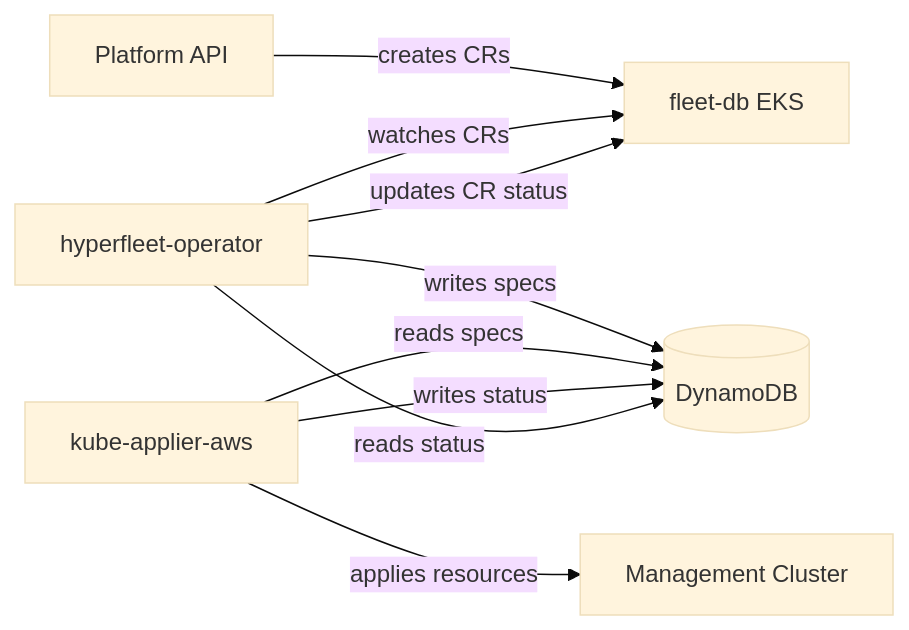
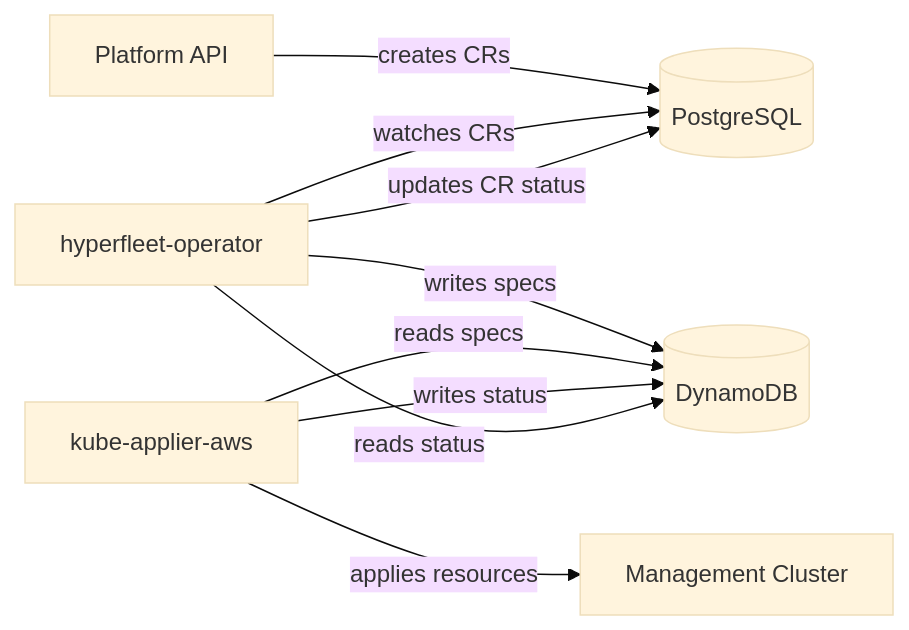
Before and after one commit to typeid/hyperfleet-operator: the diagram in docs/architecture.md, drawn with Mermaid (base theme). The commit also changed other lines of this file and 46 other files, not shown here.

````diff
--- a/docs/architecture.md
+++ b/docs/architecture.md
@@ -7,11 +7,11 @@
 ```mermaid
 graph LR
-    API[Platform API] -->|creates CRs| FleetDB[fleet-db EKS]
-    Operator[hyperfleet-operator] -->|watches CRs| FleetDB
+    API[Platform API] -->|creates CRs| PG[(PostgreSQL)]
+    Operator[hyperfleet-operator] -->|watches CRs| PG
     Operator -->|writes specs| DDB[(DynamoDB)]
     KA[kube-applier-aws] -->|reads specs| DDB
     KA -->|applies resources| MC[Management Cluster]
     KA -->|writes status| DDB
     Operator -->|reads status| DDB
-    Operator -->|updates CR status| FleetDB
+    Operator -->|updates CR status| PG
 ```
````
